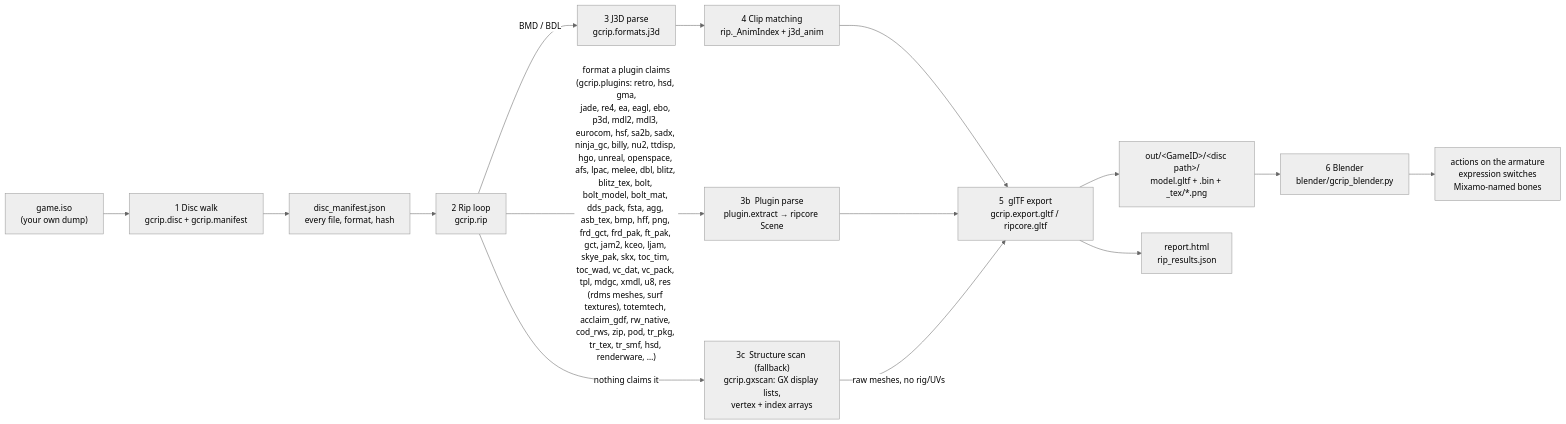
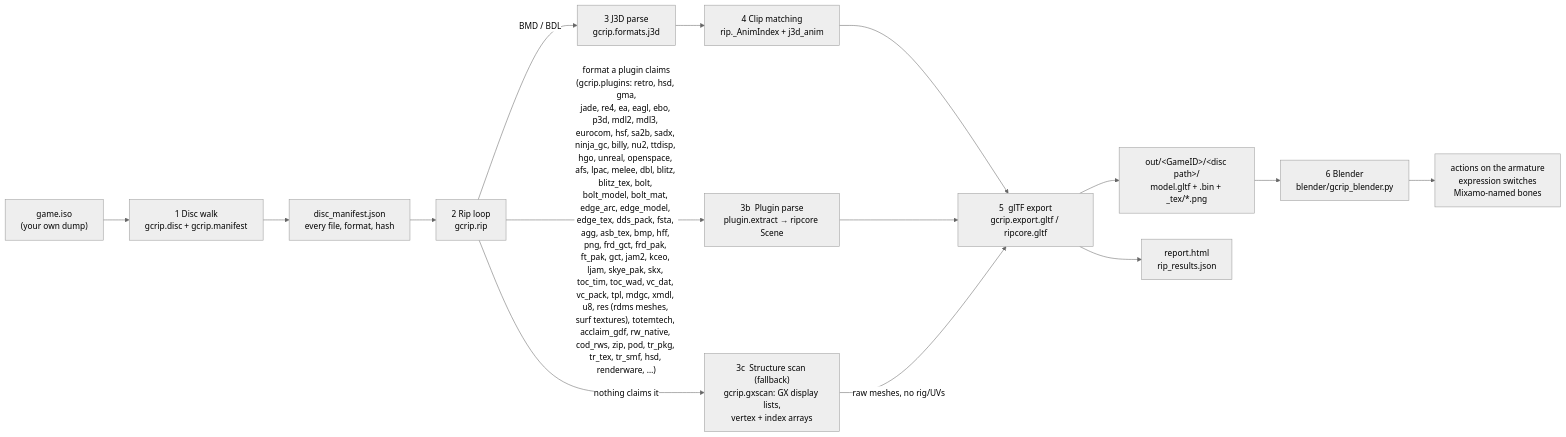
The first of 10 diagrams in docs/PIPELINE.md (Felbs/3d-ripper-9000), drawn with Mermaid (neutral theme) before and after one commit. The commit also changed other lines of this file and 9 other files, not shown here.

````diff
--- a/docs/PIPELINE.md
+++ b/docs/PIPELINE.md
@@ -11,17 +11,17 @@
 ```mermaid
 flowchart LR
     ISO["game.iso<br/>(your own dump)"] --> WALK["1  Disc walk<br/>gcrip.disc + gcrip.manifest"]
     WALK --> MAN["disc_manifest.json<br/>every file, format, hash"]
     MAN --> RIP["2  Rip loop<br/>gcrip.rip"]
     RIP -->|"BMD / BDL"| J3D["3  J3D parse<br/>gcrip.formats.j3d"]
-    RIP -->|"format a plugin claims<br/>(gcrip.plugins: retro, hsd, gma,<br/>jade, re4, ea, eagl, ebo, p3d, mdl2, mdl3, eurocom, hsf, sa2b, sadx, ninja_gc, billy, nu2, ttdisp, hgo, unreal, openspace, afs, lpac, melee, dbl, blitz, blitz_tex, bolt, bolt_model, bolt_mat, dds_pack, fsta, agg, asb_tex, bmp, hff, png, frd_gct, frd_pak, ft_pak, gct, jam2, kceo, ljam, skye_pak, skx, toc_tim, toc_wad, vc_dat, vc_pack, tpl, mdgc, xmdl, u8, res (rdms meshes, surf textures), totemtech, acclaim_gdf, rw_native, cod_rws, zip, pod, tr_pkg, tr_tex, tr_smf, hsd, renderware, …)"| PLUG["3b  Plugin parse<br/>plugin.extract → ripcore Scene"]
+    RIP -->|"format a plugin claims<br/>(gcrip.plugins: retro, hsd, gma,<br/>jade, re4, ea, eagl, ebo, p3d, mdl2, mdl3, eurocom, hsf, sa2b, sadx, ninja_gc, billy, nu2, ttdisp, hgo, unreal, openspace, afs, lpac, melee, dbl, blitz, blitz_tex, bolt, bolt_model, bolt_mat, edge_arc, edge_model, edge_tex, dds_pack, fsta, agg, asb_tex, bmp, hff, png, frd_gct, frd_pak, ft_pak, gct, jam2, kceo, ljam, skye_pak, skx, toc_tim, toc_wad, vc_dat, vc_pack, tpl, mdgc, xmdl, u8, res (rdms meshes, surf textures), totemtech, acclaim_gdf, rw_native, cod_rws, zip, pod, tr_pkg, tr_tex, tr_smf, hsd, renderware, …)"| PLUG["3b  Plugin parse<br/>plugin.extract → ripcore Scene"]
     RIP -->|"nothing claims it"| GX["3c  Structure scan (fallback)<br/>gcrip.gxscan: GX display lists,<br/>vertex + index arrays"]
     J3D --> ANIM["4  Clip matching<br/>rip._AnimIndex + j3d_anim"]
     ANIM --> GLTF["5  glTF export<br/>gcrip.export.gltf / ripcore.gltf"]
     PLUG --> GLTF
     GX -->|"raw meshes, no rig/UVs"| GLTF
     GLTF --> OUT["out/&lt;GameID&gt;/&lt;disc path&gt;/<br/>model.gltf + .bin + _tex/*.png"]
     GLTF --> REP["report.html<br/>rip_results.json"]
     OUT --> BL["6  Blender<br/>blender/gcrip_blender.py"]
     BL --> PLAY["actions on the armature<br/>expression switches<br/>Mixamo-named bones"]
 ```
````
